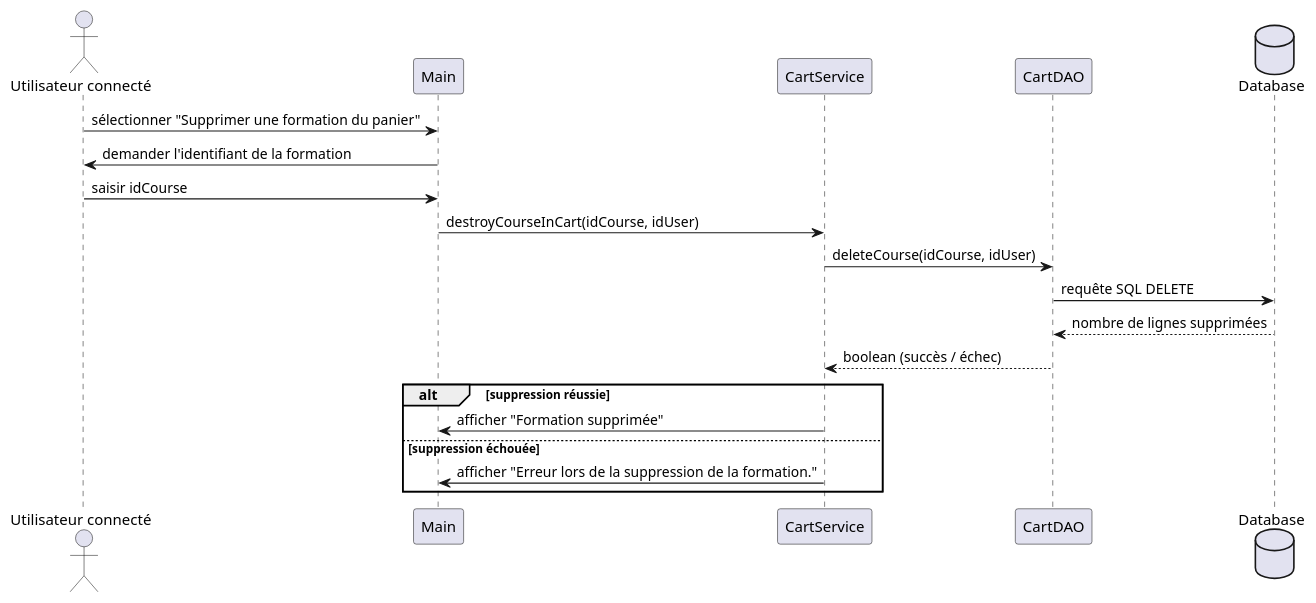
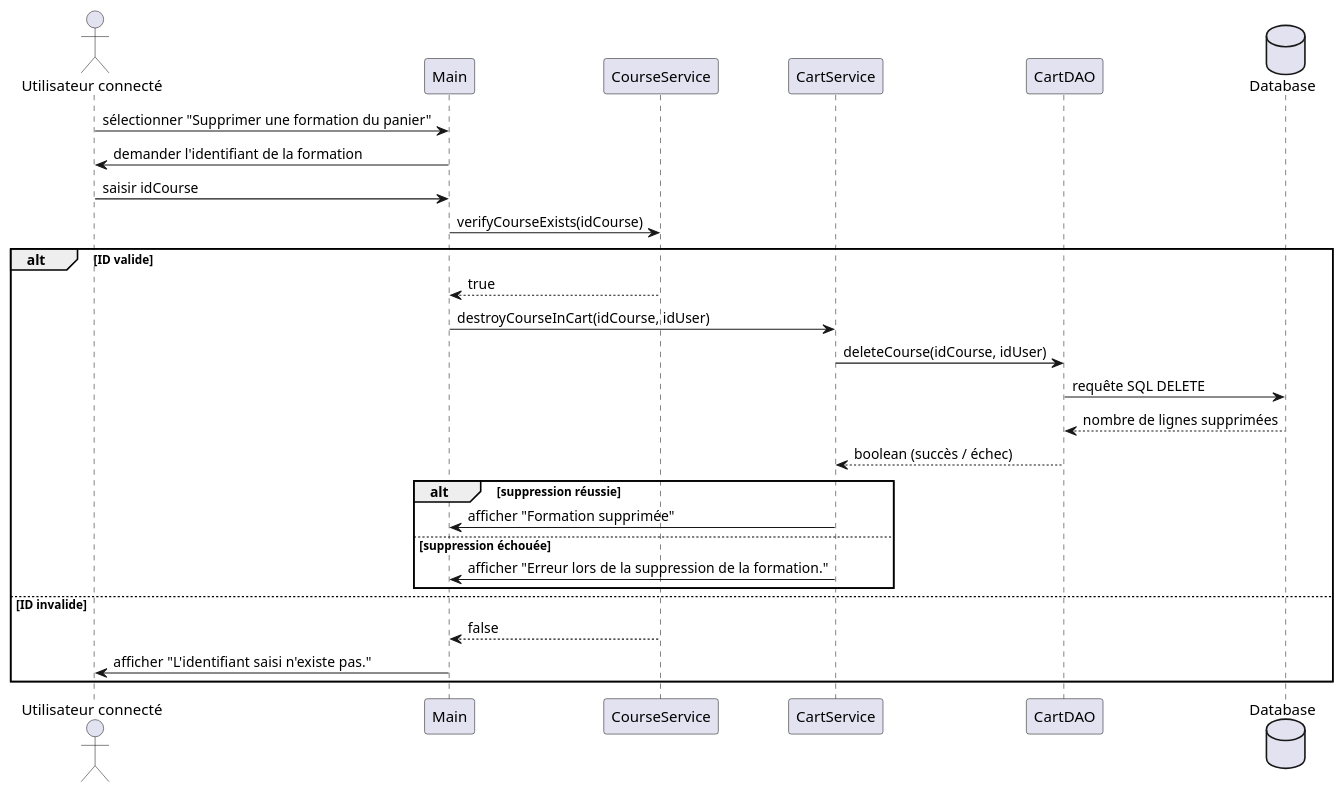
One commit to AmandineGrardLaurent/JavaEvaluationBusiness changed the diagram in docs/sequence_diagrams/sequence_diagram_gerer_panier_suppression.puml. Above: the diagram before and after it, drawn with PlantUML.

Commit message:
update sequence diagram gerer_panier_suppression

```diff
--- a/docs/sequence_diagrams/sequence_diagram_gerer_panier_suppression.puml
+++ b/docs/sequence_diagrams/sequence_diagram_gerer_panier_suppression.puml
@@ -1,24 +1,34 @@
-@startuml diagram sequence gerer panier - suppression
+@startuml sequence diagram  gerer le panier - supprimer une formation
+
 actor "Utilisateur connecté" as User
 participant "Main" as Main
+participant "CourseService" as CourseService
 participant "CartService" as CartService
 participant "CartDAO" as CartDAO
 database "Database" as DB
 
 User -> Main : sélectionner "Supprimer une formation du panier"
 Main -> User : demander l'identifiant de la formation
 User -> Main : saisir idCourse
 
-Main -> CartService : destroyCourseInCart(idCourse, idUser)
-CartService -> CartDAO : deleteCourse(idCourse, idUser)
-CartDAO -> DB : requête SQL DELETE
+Main -> CourseService : verifyCourseExists(idCourse)
+alt ID valide
+    CourseService --> Main : true
 
-DB --> CartDAO : nombre de lignes supprimées
-CartDAO --> CartService : boolean (succès / échec)
+    Main -> CartService : destroyCourseInCart(idCourse, idUser)
+    CartService -> CartDAO : deleteCourse(idCourse, idUser)
+    CartDAO -> DB : requête SQL DELETE
+    DB --> CartDAO : nombre de lignes supprimées
+    CartDAO --> CartService : boolean (succès / échec)
 
-alt suppression réussie
-    CartService -> Main : afficher "Formation supprimée"
-else suppression échouée
-    CartService -> Main : afficher "Erreur lors de la suppression de la formation."
+    alt suppression réussie
+        CartService -> Main : afficher "Formation supprimée"
+    else suppression échouée
+        CartService -> Main : afficher "Erreur lors de la suppression de la formation."
+    end
+
+else ID invalide
+    CourseService --> Main : false
+    Main -> User : afficher "L'identifiant saisi n'existe pas."
 end
 @enduml
```
